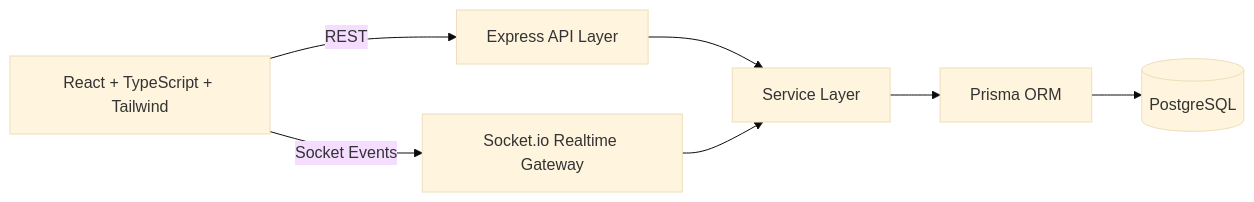
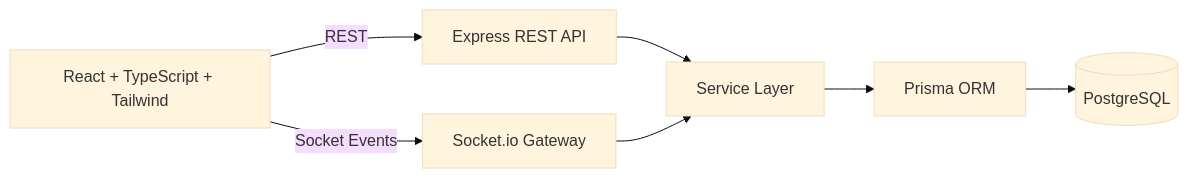
One commit to devsuthar-ai-ml/real-time-collaboration-platform changed the diagram in README.md. Above: the diagram before and after it, drawn with Mermaid (base theme). The commit also changed other lines of this file, not shown here.

````diff
--- a/README.md
+++ b/README.md
@@ -17,9 +38,15 @@
 ```mermaid
 flowchart LR
-  A[React + TypeScript + Tailwind] -->|REST| B[Express API Layer]
-  A -->|Socket Events| C[Socket.io Realtime Gateway]
-  B --> D[Service Layer]
-  C --> D
-  D --> E[Prisma ORM]
-  E --> F[(PostgreSQL)]
+  UI[React + TypeScript + Tailwind]
+  API[Express REST API]
+  RT[Socket.io Gateway]
+  SVC[Service Layer]
+  ORM[Prisma ORM]
+  DB[(PostgreSQL)]
+
+  UI -->|REST| API
+  UI -->|Socket Events| RT
+  API --> SVC
+  RT --> SVC
+  SVC --> ORM --> DB
 ```
````
